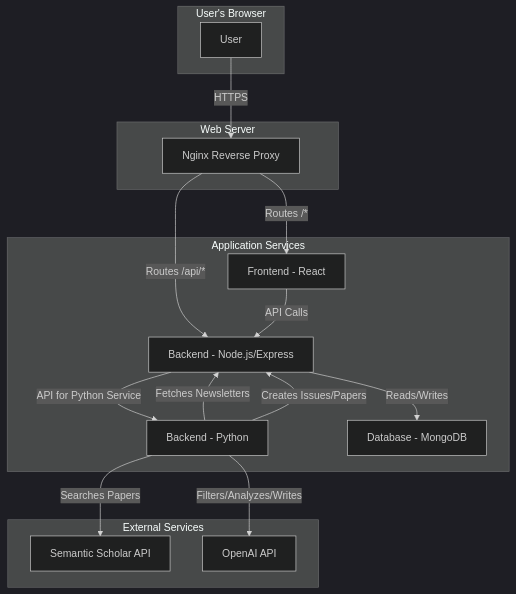
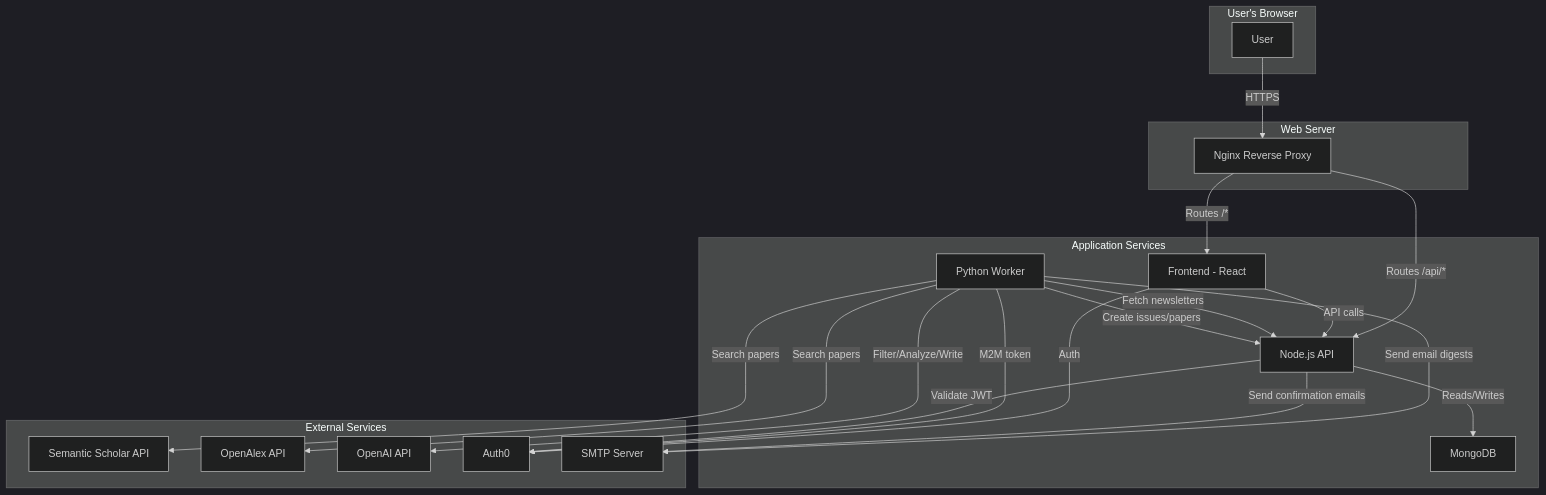
One commit to AbdoulayeDiop/my-research-digest changed the diagram in docs/architecture.md. Above: the diagram before and after it, drawn with Mermaid (dark theme). The commit also changed other lines of this file and 3 other files, not shown here.

````diff
--- a/docs/architecture.md
+++ b/docs/architecture.md
@@ -20,34 +18,41 @@
 ```mermaid
 graph TD
     subgraph "User's Browser"
         A[User]
     end
 
     subgraph "Web Server"
         B[Nginx Reverse Proxy]
     end
 
     subgraph "Application Services"
         C[Frontend - React]
-        D[Backend - Node.js/Express]
-        E[Backend - Python]
-        F[Database - MongoDB]
+        D[Node.js API]
+        E[Python Worker]
+        F[MongoDB]
     end
 
     subgraph "External Services"
         G[Semantic Scholar API]
-        H[OpenAI API]
+        H[OpenAlex API]
+        I[OpenAI API]
+        J[Auth0]
+        K[SMTP Server]
     end
 
     A -- HTTPS --> B
-    B -- Routes /api/* --> D
-    B -- Routes /* --> C
-    C -- API Calls --> D
+    B -- "Routes /api/*" --> D
+    B -- "Routes /*" --> C
+    C -- API calls --> D
     D -- Reads/Writes --> F
-    D -- API for Python Service --> E
-    E -- Fetches Newsletters --> D
-    E -- Creates Issues/Papers --> D
-    E -- Searches Papers --> G
-    E -- Filters/Analyzes/Writes --> H
-
+    E -- Fetch newsletters --> D
+    E -- Create issues/papers --> D
+    E -- Search papers --> G
+    E -- Search papers --> H
+    E -- Filter/Analyze/Write --> I
+    E -- Send email digests --> K
+    D -- Send confirmation emails --> K
+    C -- Auth --> J
+    E -- M2M token --> J
+    D -- Validate JWT --> J
 ```
````
